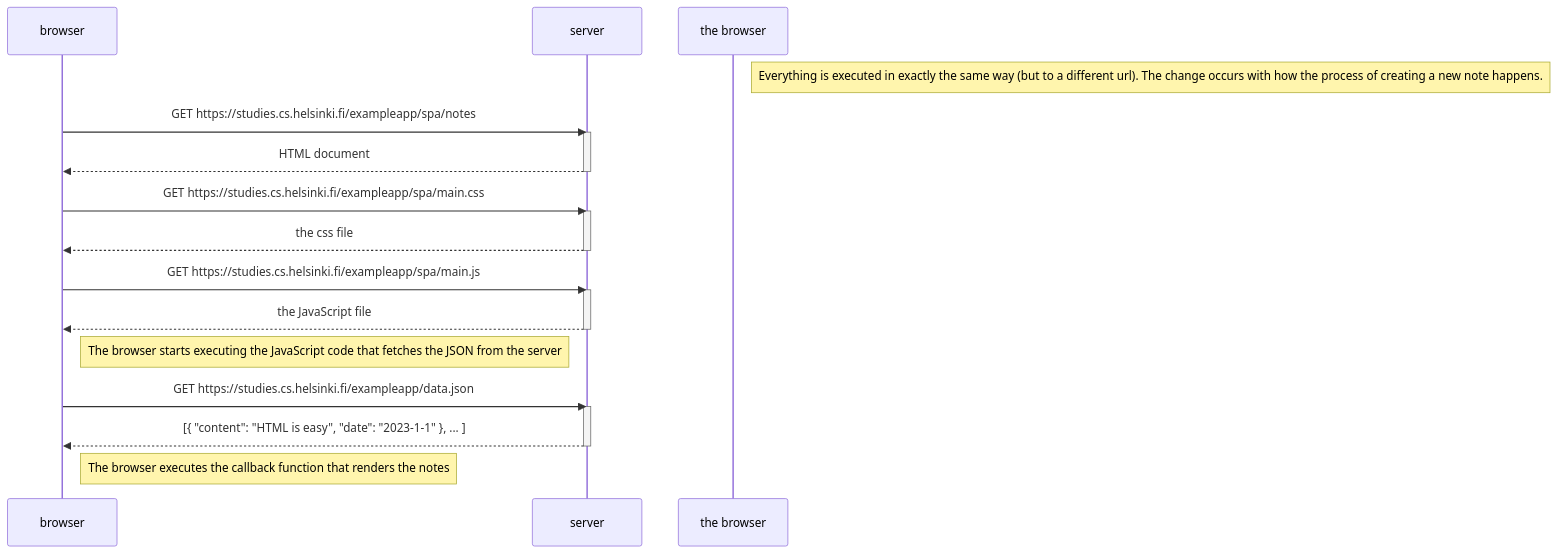
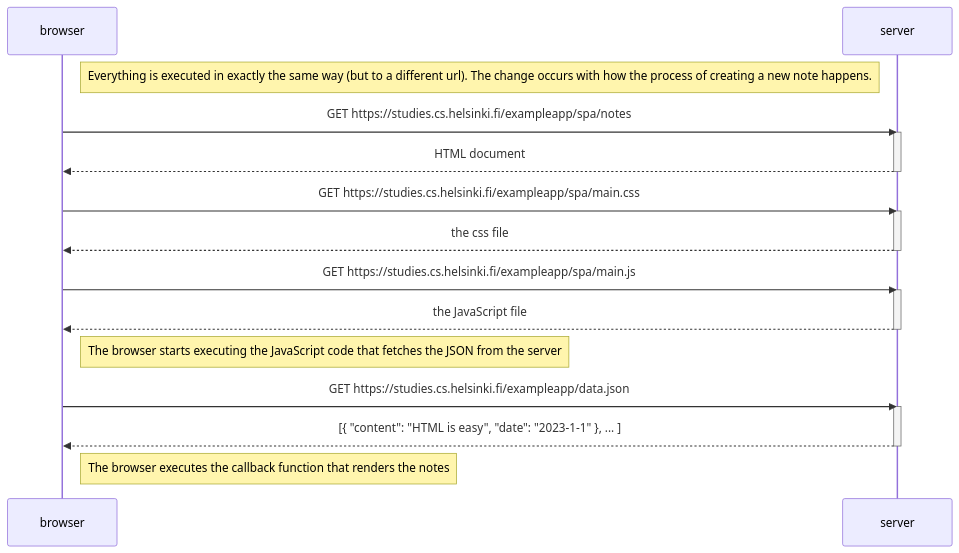
One commit to Alvarixxs/Fukkstack_part0 changed the diagram in 5.md. Above: the diagram before and after it, drawn with Mermaid.

Commit message:
changes to exercises 5 bug

````diff
--- a/5.md
+++ b/5.md
@@ -2,31 +2,31 @@
 ```mermaid
     sequenceDiagram
     participant browser
     participant server
 
-    Note right of the browser: Everything is executed in exactly the same way (but to a different url). The change occurs with how the process of creating a new note happens.
+    Note right of browser: Everything is executed in exactly the same way (but to a different url). The change occurs with how the process of creating a new note happens.
 
     browser->>server: GET https://studies.cs.helsinki.fi/exampleapp/spa/notes
     activate server
     server-->>browser: HTML document
     deactivate server
 
     browser->>server: GET https://studies.cs.helsinki.fi/exampleapp/spa/main.css
     activate server
     server-->>browser: the css file
     deactivate server
 
     browser->>server: GET https://studies.cs.helsinki.fi/exampleapp/spa/main.js
     activate server
     server-->>browser: the JavaScript file
     deactivate server
 
     Note right of browser: The browser starts executing the JavaScript code that fetches the JSON from the server
 
     browser->>server: GET https://studies.cs.helsinki.fi/exampleapp/data.json
     activate server
     server-->>browser: [{ "content": "HTML is easy", "date": "2023-1-1" }, ... ]
     deactivate server
 
     Note right of browser: The browser executes the callback function that renders the notes
 ```
````
